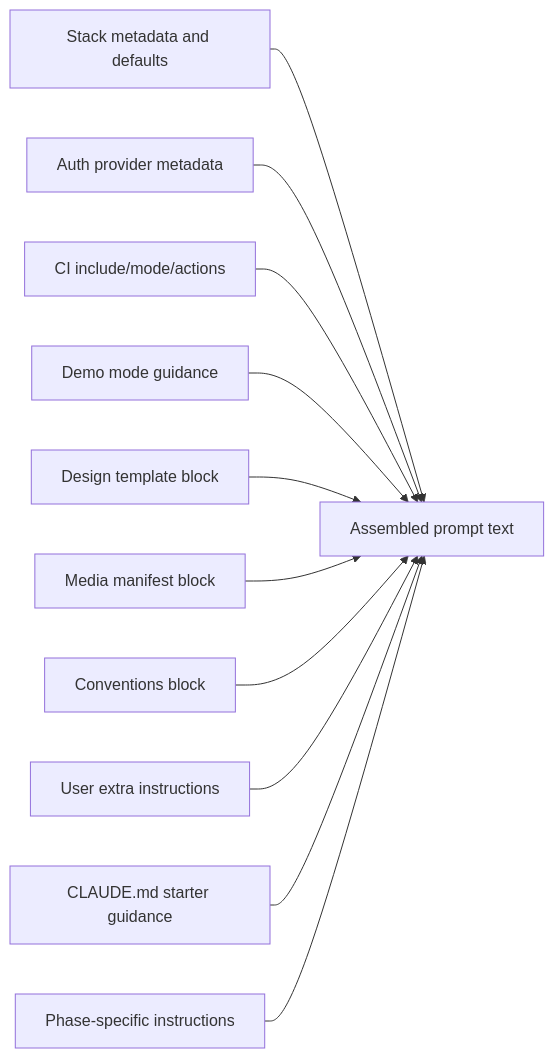
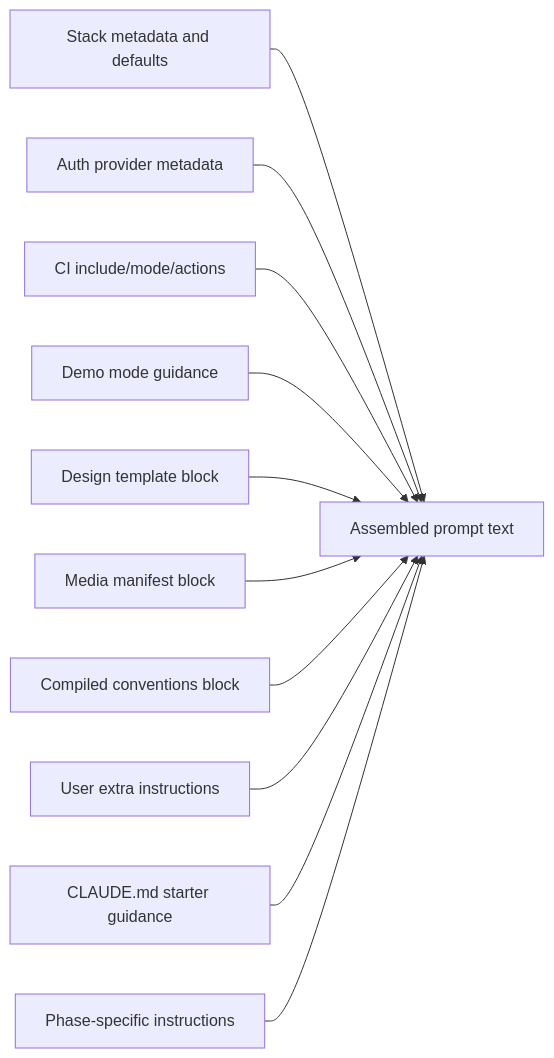
One commit to matthewubundi/UbundiForge changed the second of 2 diagrams in docs/diagrams/forge-prompt-assembly.md. Above: the diagram before and after it, drawn with Mermaid. The commit also changed other lines of this file and 8 other files, not shown here.

````diff
--- a/docs/diagrams/forge-prompt-assembly.md
+++ b/docs/diagrams/forge-prompt-assembly.md
@@ -61,14 +63,14 @@
 ```mermaid
 flowchart LR
     StackMeta["Stack metadata and defaults"] --> Prompt
     AuthRules["Auth provider metadata"] --> Prompt
     CIConfig["CI include/mode/actions"] --> Prompt
     DemoMode["Demo mode guidance"] --> Prompt
     DesignGuide["Design template block"] --> Prompt
     MediaFiles["Media manifest block"] --> Prompt
-    ConventionsBlock["Conventions block"] --> Prompt
+    ConventionsBlock["Compiled conventions block"] --> Prompt
     ExtraInstructions["User extra instructions"] --> Prompt
     ClaudeStarter["CLAUDE.md starter guidance"] --> Prompt
     PhaseInstructions["Phase-specific instructions"] --> Prompt
     Prompt["Assembled prompt text"]
 ```
````
